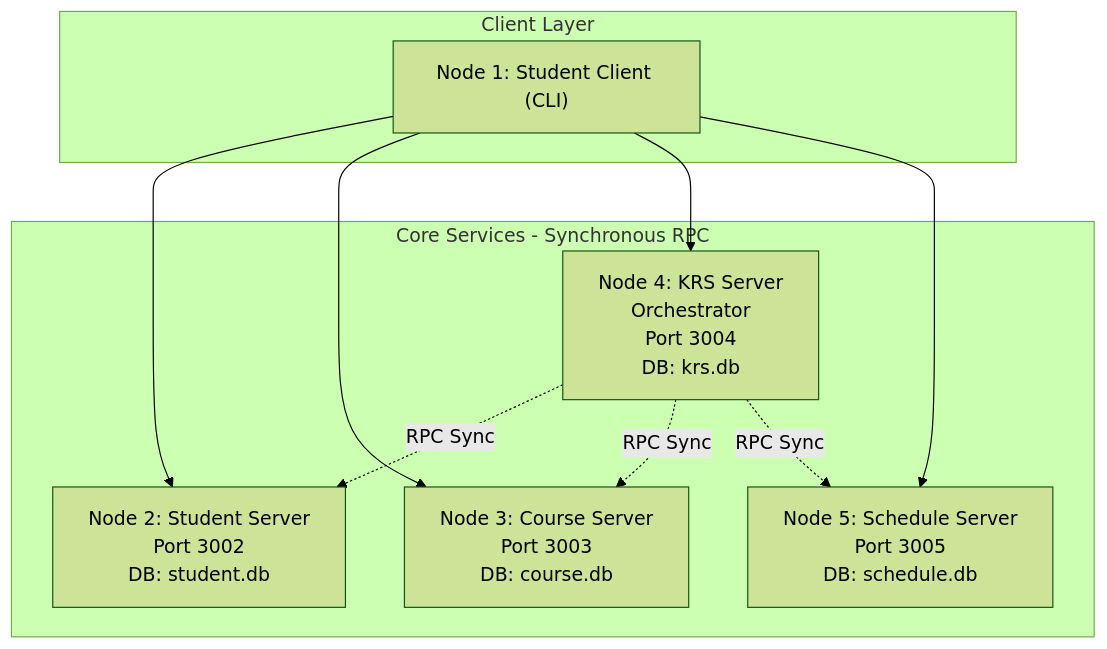
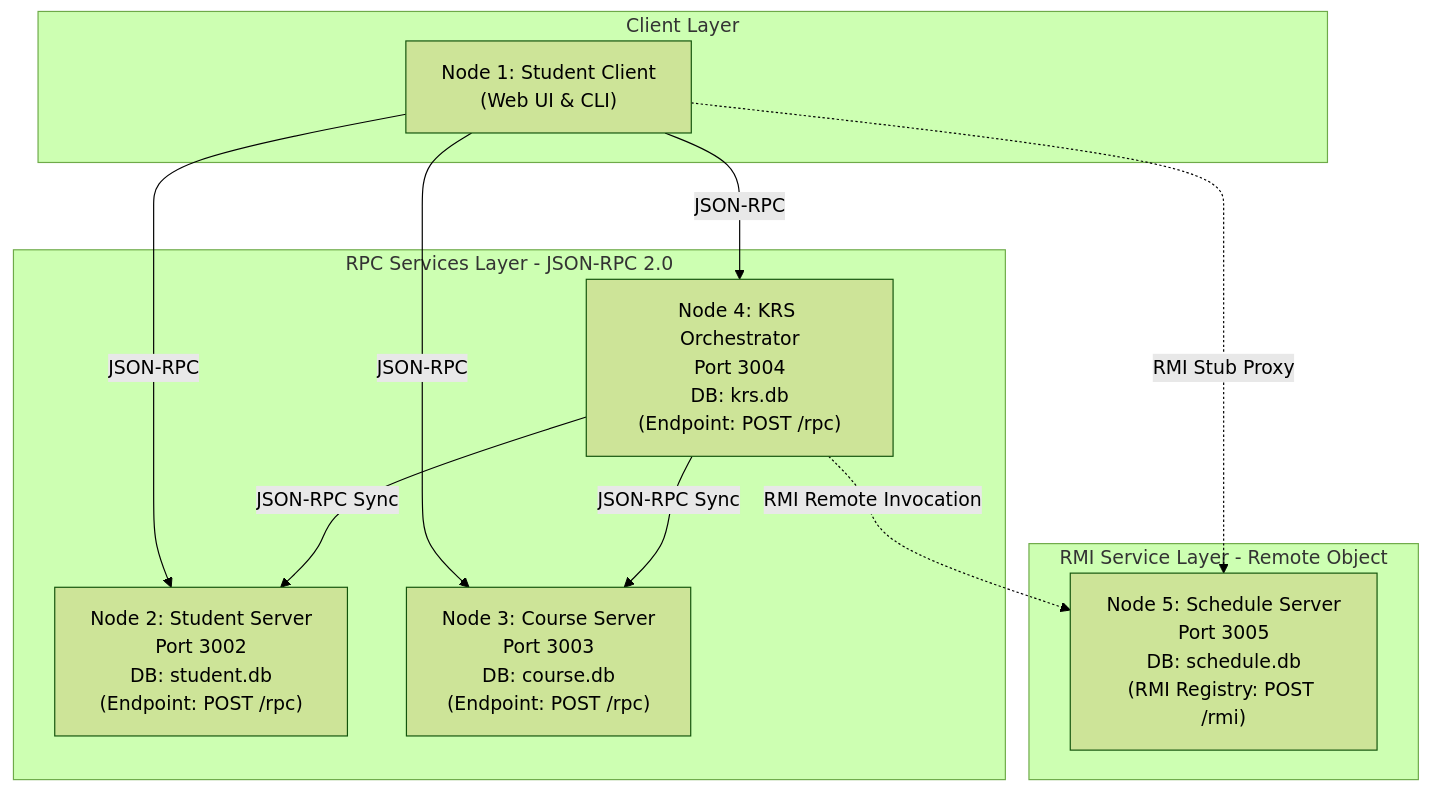
Before and after one commit to rotistorage-boop/sister-k1: the first of 2 diagrams in CONCEPT.md, drawn with Mermaid (forest theme). The commit also changed other lines of this file, not shown here.

Commit message:
docs: update system architecture concept to include RMI protocol

````diff
--- a/CONCEPT.md
+++ b/CONCEPT.md
@@ -9,22 +11,25 @@
 ```mermaid
 flowchart TD
     subgraph ClientLayer [Client Layer]
-        N1["Node 1: Student Client (CLI)"]
+        N1["Node 1: Student Client<br/>(Web UI & CLI)"]
     end
 
-    subgraph ServiceLayer [Core Services - Synchronous RPC]
-        N2["Node 2: Student Server<br/>Port 3002<br/>DB: student.db"]
-        N3["Node 3: Course Server<br/>Port 3003<br/>DB: course.db"]
-        N4["Node 4: KRS Server<br/>Orchestrator<br/>Port 3004<br/>DB: krs.db"]
-        N5["Node 5: Schedule Server<br/>Port 3005<br/>DB: schedule.db"]
+    subgraph RpcServices [RPC Services Layer - JSON-RPC 2.0]
+        N2["Node 2: Student Server<br/>Port 3002<br/>DB: student.db<br/>(Endpoint: POST /rpc)"]
+        N3["Node 3: Course Server<br/>Port 3003<br/>DB: course.db<br/>(Endpoint: POST /rpc)"]
+        N4["Node 4: KRS Orchestrator<br/>Port 3004<br/>DB: krs.db<br/>(Endpoint: POST /rpc)"]
     end
 
-    N1 --> N2
-    N1 --> N3
-    N1 --> N4
-    N1 --> N5
+    subgraph RmiServices [RMI Service Layer - Remote Object]
+        N5["Node 5: Schedule Server<br/>Port 3005<br/>DB: schedule.db<br/>(RMI Registry: POST /rmi)"]
+    end
 
-    N4 -.->|RPC Sync| N2
-    N4 -.->|RPC Sync| N3
-    N4 -.->|RPC Sync| N5
+    N1 -->|JSON-RPC| N2
+    N1 -->|JSON-RPC| N3
+    N1 -->|JSON-RPC| N4
+    N1 -.->|RMI Stub Proxy| N5
+
+    N4 -->|JSON-RPC Sync| N2
+    N4 -->|JSON-RPC Sync| N3
+    N4 -.->|RMI Remote Invocation| N5
 ```
````
